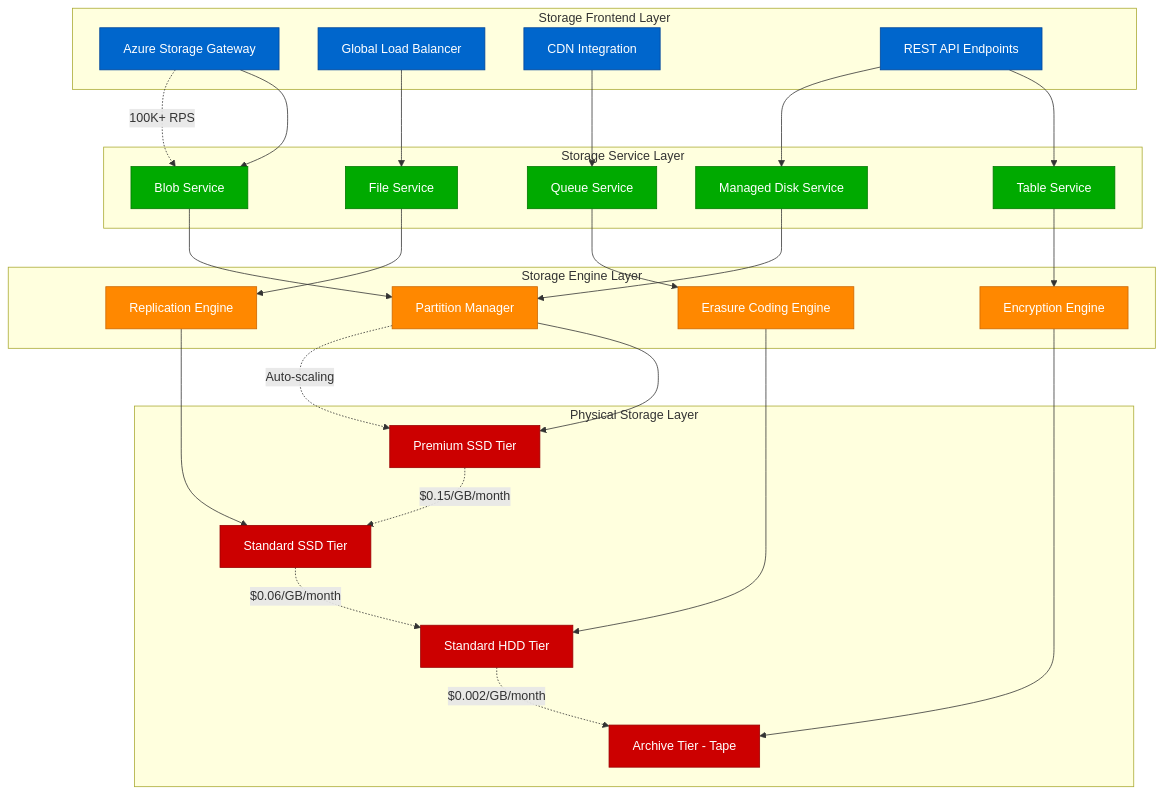
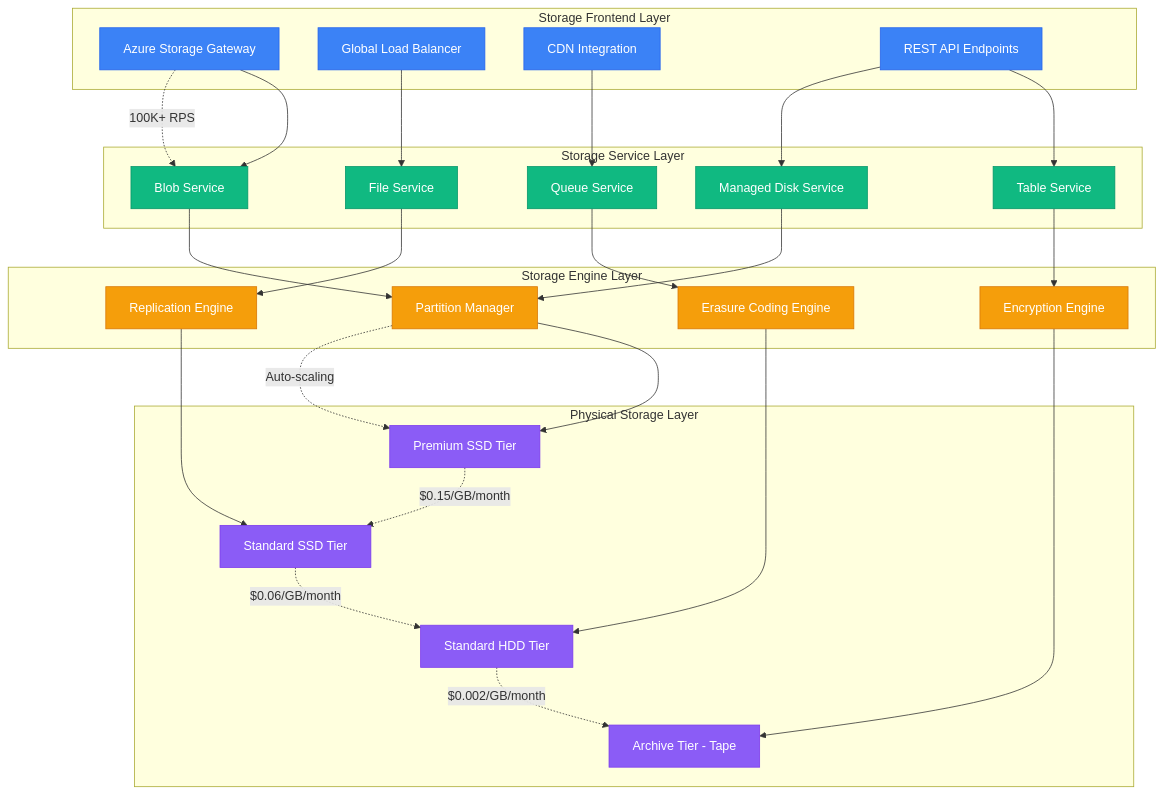
The second of 9 diagrams in site/docs/systems/microsoft/storage-architecture.md (deepaucksharma/DS), drawn with Mermaid before and after one commit. The commit also changed other lines of this file and 303 other files, not shown here.

````diff
--- a/site/docs/systems/microsoft/storage-architecture.md
+++ b/site/docs/systems/microsoft/storage-architecture.md
@@ -80,68 +80,68 @@
 ```mermaid
 graph TB
     subgraph StorageFrontend[Storage Frontend Layer]
         STORAGE_GATEWAY[Azure Storage Gateway]
         LOAD_BALANCER[Global Load Balancer]
         CDN_INTEGRATION[CDN Integration]
         API_ENDPOINTS[REST API Endpoints]
     end
 
     subgraph StorageServices[Storage Service Layer]
         BLOB_SERVICE[Blob Service]
         FILE_SERVICE[File Service]
         QUEUE_SERVICE[Queue Service]
         TABLE_SERVICE[Table Service]
         DISK_SERVICE[Managed Disk Service]
     end
 
     subgraph StorageEngine[Storage Engine Layer]
         PARTITION_MANAGER[Partition Manager]
         REPLICATION_ENGINE[Replication Engine]
         ERASURE_CODING[Erasure Coding Engine]
         ENCRYPTION_ENGINE[Encryption Engine]
     end
 
     subgraph PhysicalStorage[Physical Storage Layer]
         SSD_TIER[Premium SSD Tier]
         STANDARD_SSD[Standard SSD Tier]
         HDD_TIER[Standard HDD Tier]
         ARCHIVE_TIER[Archive Tier - Tape]
     end
 
     %% Frontend to services
     STORAGE_GATEWAY --> BLOB_SERVICE
     LOAD_BALANCER --> FILE_SERVICE
     CDN_INTEGRATION --> QUEUE_SERVICE
     API_ENDPOINTS --> TABLE_SERVICE
     API_ENDPOINTS --> DISK_SERVICE
 
     %% Services to engine
     BLOB_SERVICE --> PARTITION_MANAGER
     FILE_SERVICE --> REPLICATION_ENGINE
     QUEUE_SERVICE --> ERASURE_CODING
     TABLE_SERVICE --> ENCRYPTION_ENGINE
     DISK_SERVICE --> PARTITION_MANAGER
 
     %% Engine to physical
     PARTITION_MANAGER --> SSD_TIER
     REPLICATION_ENGINE --> STANDARD_SSD
     ERASURE_CODING --> HDD_TIER
     ENCRYPTION_ENGINE --> ARCHIVE_TIER
 
     %% Performance and cost metrics
     STORAGE_GATEWAY -.->|"100K+ RPS"| BLOB_SERVICE
     PARTITION_MANAGER -.->|"Auto-scaling"| SSD_TIER
     SSD_TIER -.->|"$0.15/GB/month"| STANDARD_SSD
     STANDARD_SSD -.->|"$0.06/GB/month"| HDD_TIER
     HDD_TIER -.->|"$0.002/GB/month"| ARCHIVE_TIER
 
-    classDef frontendStyle fill:#0066CC,stroke:#004499,color:#fff
-    classDef serviceStyle fill:#00AA00,stroke:#007700,color:#fff
-    classDef engineStyle fill:#FF8800,stroke:#CC6600,color:#fff
-    classDef physicalStyle fill:#CC0000,stroke:#990000,color:#fff
+    classDef frontendStyle fill:#3B82F6,stroke:#2563EB,color:#fff
+    classDef serviceStyle fill:#10B981,stroke:#059669,color:#fff
+    classDef engineStyle fill:#F59E0B,stroke:#D97706,color:#fff
+    classDef physicalStyle fill:#8B5CF6,stroke:#7C3AED,color:#fff
 
     class STORAGE_GATEWAY,LOAD_BALANCER,CDN_INTEGRATION,API_ENDPOINTS frontendStyle
     class BLOB_SERVICE,FILE_SERVICE,QUEUE_SERVICE,TABLE_SERVICE,DISK_SERVICE serviceStyle
     class PARTITION_MANAGER,REPLICATION_ENGINE,ERASURE_CODING,ENCRYPTION_ENGINE engineStyle
     class SSD_TIER,STANDARD_SSD,HDD_TIER,ARCHIVE_TIER physicalStyle
 ```
````
